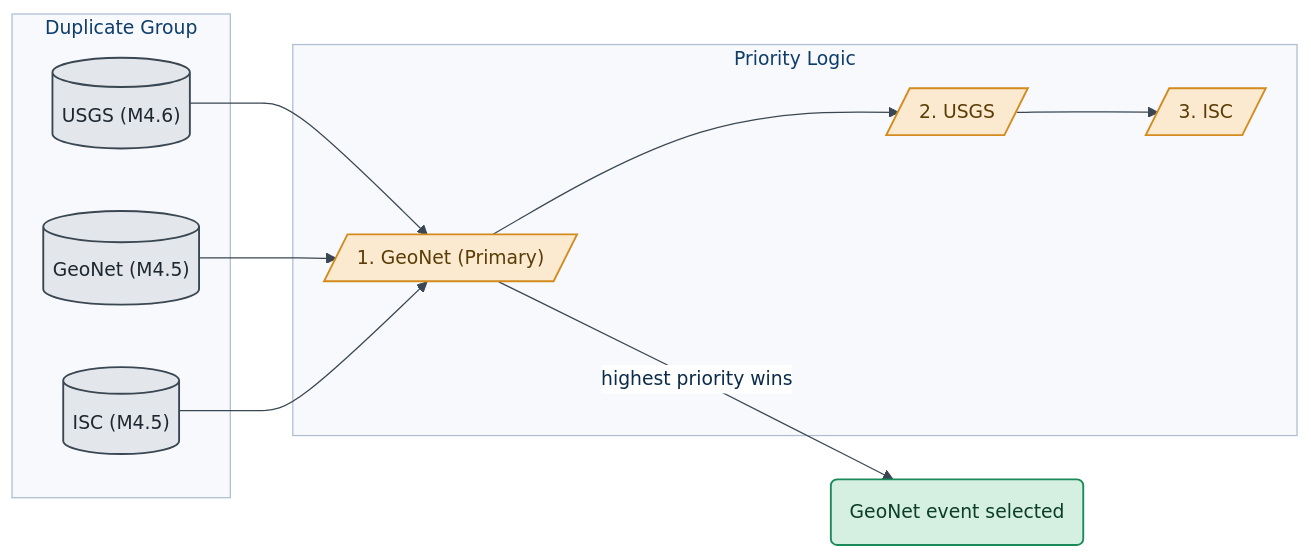
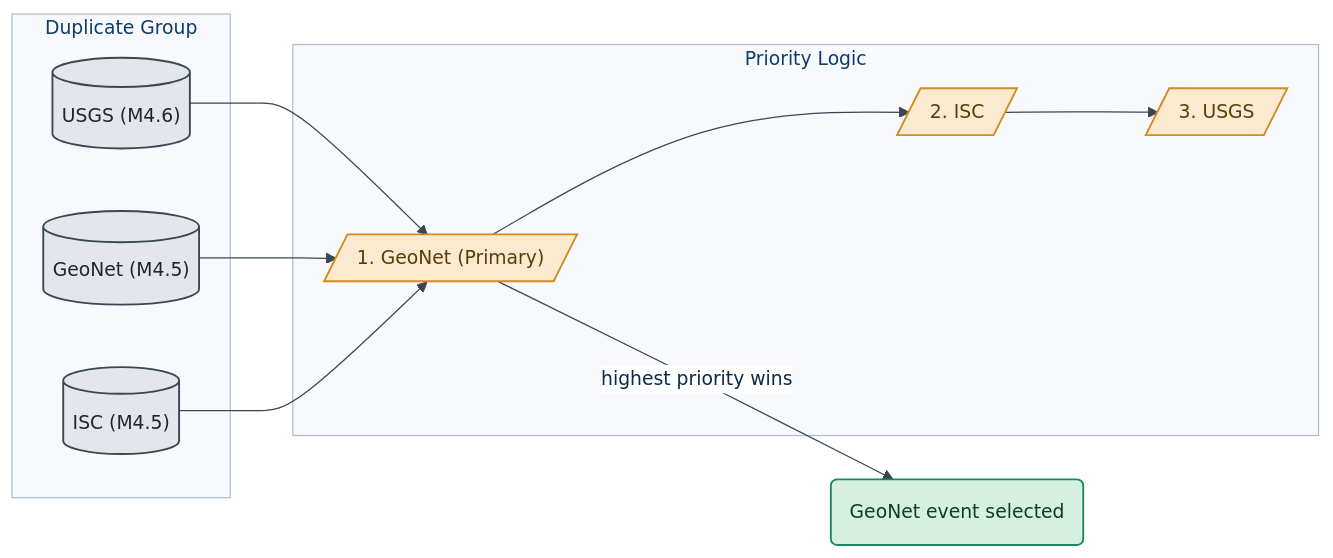
One commit to KennyGraham1/catalogofcatalogs changed the third of 5 diagrams in docs/source/user-guide/merging-catalogues.rst. Above: the diagram before and after it, drawn with Mermaid. The commit also changed other lines of this file and 396 other files, not shown here.

```diff
--- a/docs/source/user-guide/merging-catalogues.rst
+++ b/docs/source/user-guide/merging-catalogues.rst
@@ -223,41 +251,41 @@
 .. mermaid::
    :align: center
 
    %%{init: {"theme":"base","themeVariables":{"fontFamily":"Inter, \"Helvetica Neue\", Arial, sans-serif","fontSize":"15px","lineColor":"#3A4753","primaryColor":"#D6E4F5","primaryBorderColor":"#1B5FA8","primaryTextColor":"#0B2B4A","secondaryColor":"#CFEAE6","tertiaryColor":"#FBEAD2","mainBkg":"#D6E4F5","nodeBorder":"#1B5FA8","clusterBkg":"#F7F9FC","clusterBorder":"#AEBED2","titleColor":"#0F3D6B","edgeLabelBackground":"#FFFFFF"}}}%%
    flowchart LR
        subgraph Inputs ["Duplicate Group"]
            E1[("USGS (M4.6)")]
            E2[("GeoNet (M4.5)")]
            E3[("ISC (M4.5)")]
        end
 
        subgraph Logic ["Priority Logic"]
            P1[/"1. GeoNet (Primary)"/]
-           P2[/"2. USGS"/]
-           P3[/"3. ISC"/]
+           P2[/"2. ISC"/]
+           P3[/"3. USGS"/]
        end
 
        Result("GeoNet event selected")
 
        E1 & E2 & E3 --> P1
        P1 --> P2 --> P3
        P1 -->|"highest priority wins"| Result
 
        style Inputs fill:#F7F9FC,stroke:#AEBED2,stroke-width:1px,color:#0F3D6B
        style Logic fill:#F7F9FC,stroke:#AEBED2,stroke-width:1px,color:#0F3D6B
 
        class E1,E2,E3 datastore
        class P1,P2,P3 process
        class Result success
 
        classDef userAction fill:#E8EEF6,stroke:#0F3D6B,stroke-width:1.5px,color:#0B2B4A
        classDef frontend fill:#D6E4F5,stroke:#1B5FA8,stroke-width:1.5px,color:#0B2B4A
        classDef backend fill:#CFEAE6,stroke:#0E7C72,stroke-width:1.5px,color:#08423D
        classDef library fill:#FBEAD2,stroke:#9C6A12,stroke-width:1.5px,color:#5A3D06
        classDef datastore fill:#E3E7EB,stroke:#3A4753,stroke-width:1.5px,color:#1E2731
        classDef external fill:#EFDDEC,stroke:#8E3A82,stroke-width:1.5px,color:#4A1C43,stroke-dasharray:4 3
        classDef process fill:#FCEAD0,stroke:#D38B1E,stroke-width:1.5px,color:#5A3D06
        classDef decision fill:#FFF3CC,stroke:#B8860B,stroke-width:1.5px,color:#5A4500
        classDef success fill:#D5EFE0,stroke:#1B8A5A,stroke-width:1.5px,color:#0B3D27
        classDef warning fill:#FBE0DA,stroke:#C24A2B,stroke-width:1.5px,color:#5E1C0C
        classDef terminal fill:#1F2D3D,stroke:#0B1622,stroke-width:1.5px,color:#FFFFFF
```
